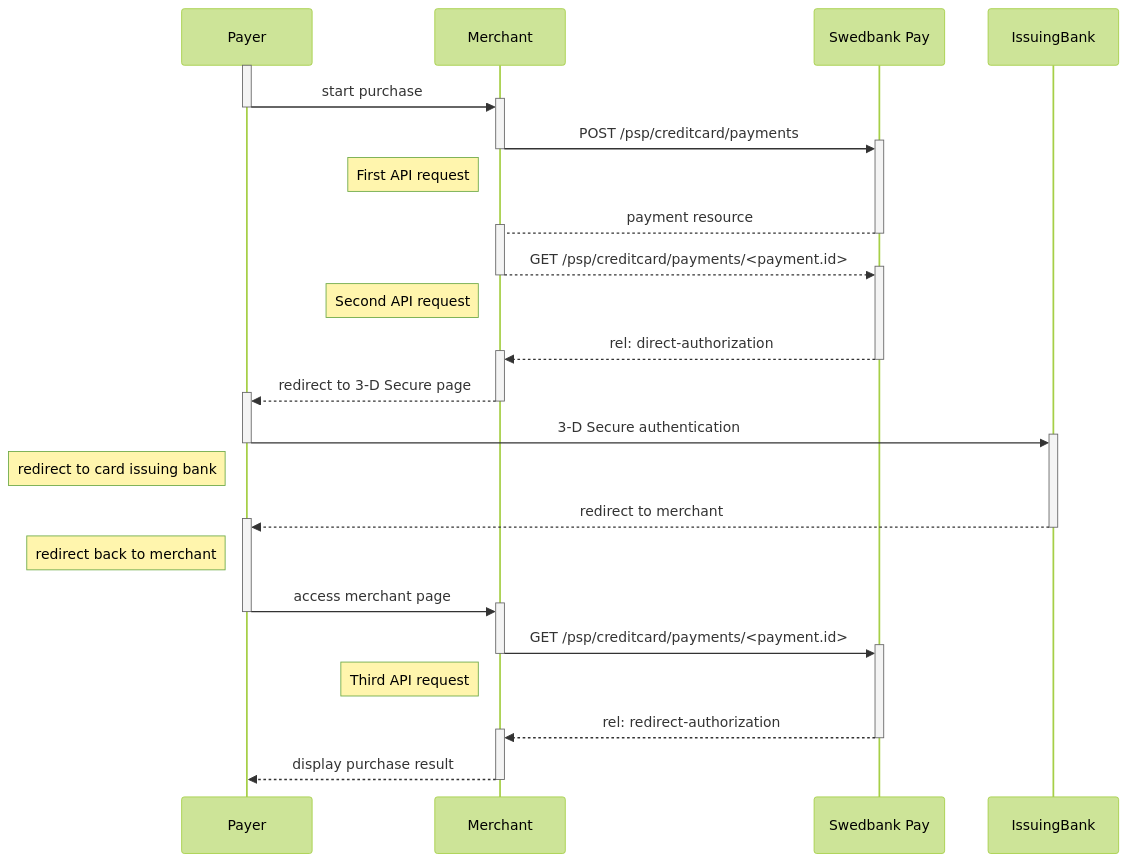
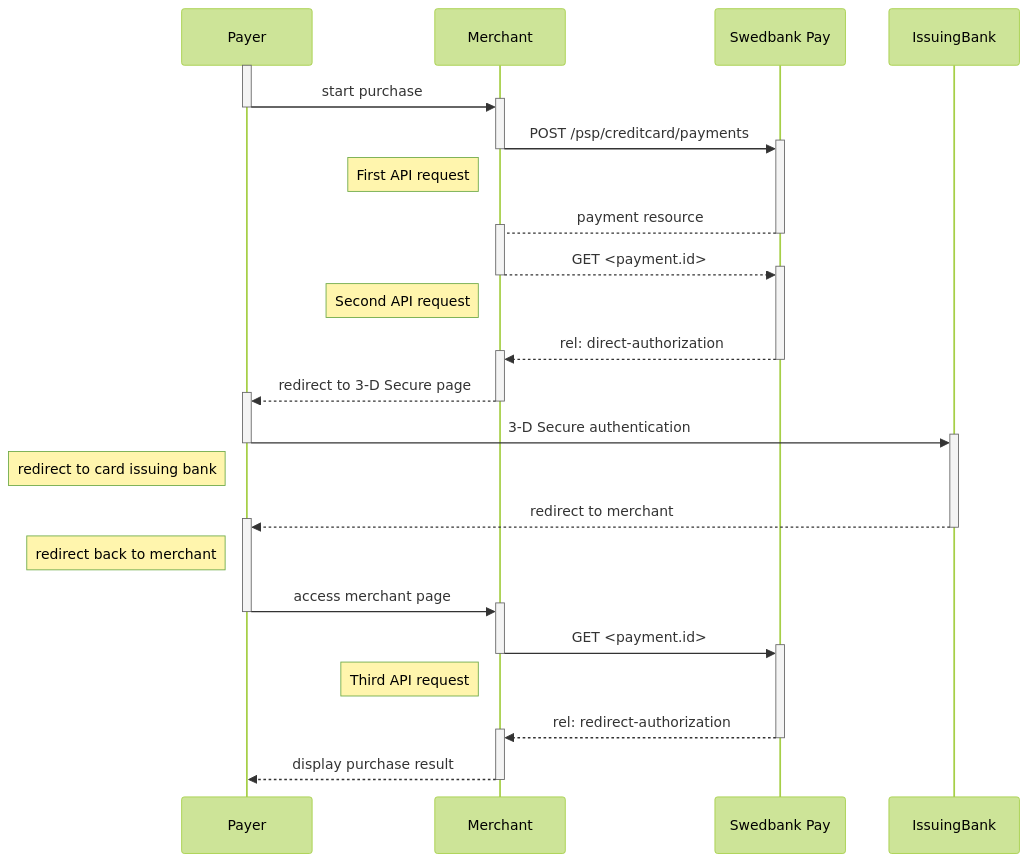
One commit to SwedbankPay/developer.swedbankpay.com changed the second of 2 diagrams in payments/credit-card/direct.md. Above: the diagram before and after it, drawn with Mermaid (forest theme). The commit also changed other lines of this file, not shown here.

````diff
--- a/payments/credit-card/direct.md
+++ b/payments/credit-card/direct.md
@@ -130,38 +280,38 @@
 ```mermaid
 sequenceDiagram
     participant Payer
     participant Merchant
     participant SwedbankPay as Swedbank Pay
     participant IssuingBank
 
   activate Payer
   Payer->>+Merchant: start purchase
   deactivate Payer
   Merchant->>+SwedbankPay: POST /psp/creditcard/payments
   deactivate Merchant
   note left of Merchant: First API request
   SwedbankPay-->+Merchant: payment resource
   deactivate SwedbankPay
-  Merchant-->>+SwedbankPay: GET /psp/creditcard/payments/<payment.id>
+  Merchant-->>+SwedbankPay: GET <payment.id>
   deactivate Merchant
   note left of Merchant: Second API request
   SwedbankPay-->>+Merchant: rel: direct-authorization
   deactivate SwedbankPay
   Merchant-->>+Payer: redirect to 3-D Secure page
   deactivate Merchant
   Payer->>+IssuingBank: 3-D Secure authentication
   deactivate Payer
   note left of Payer: redirect to card issuing bank
   IssuingBank-->>+Payer: redirect to merchant
   deactivate IssuingBank
   note left of Payer: redirect back to merchant
   Payer->>+Merchant: access merchant page
   deactivate Payer
-  Merchant->>+SwedbankPay: GET /psp/creditcard/payments/<payment.id>
+  Merchant->>+SwedbankPay: GET <payment.id>
   deactivate Merchant
   note left of Merchant: Third API request
   SwedbankPay-->>+Merchant: rel: redirect-authorization
   deactivate SwedbankPay
   Merchant-->>Payer: display purchase result
   deactivate Merchant
 ```
````
